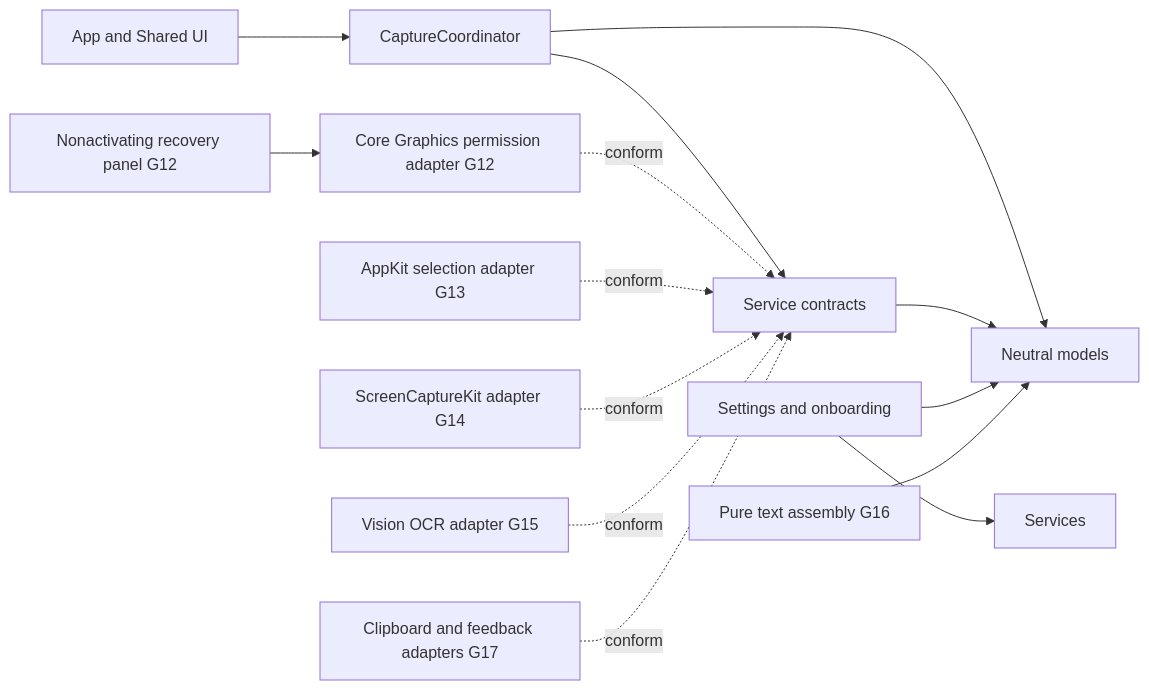
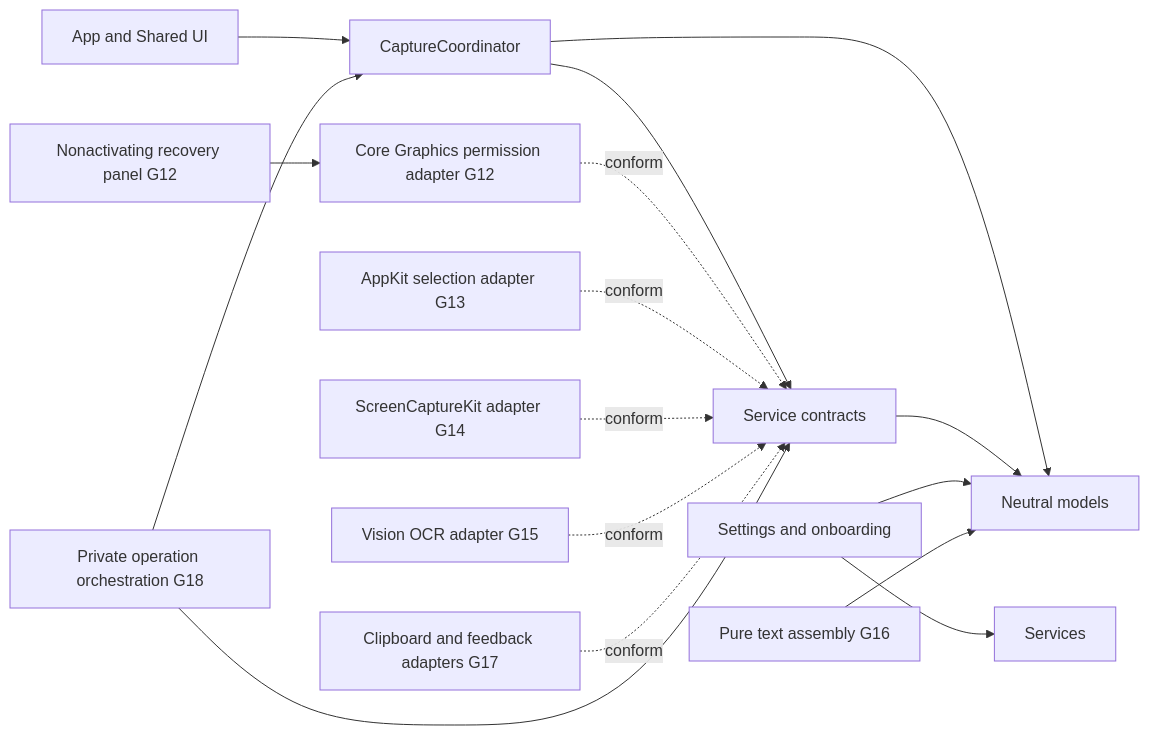
One commit to bennetthilberg/copylasso changed the first of 2 diagrams in docs/architecture/overview.md. Above: the diagram before and after it, drawn with Mermaid. The commit also changed other lines of this file and 13 other files, not shown here.

````diff
--- a/docs/architecture/overview.md
+++ b/docs/architecture/overview.md
@@ -7,16 +7,18 @@
 ```mermaid
 flowchart LR
   App["App and Shared UI"] --> Coordinator["CaptureCoordinator"]
   Coordinator --> Contracts["Service contracts"]
   Coordinator --> Models["Neutral models"]
   Contracts --> Models
   Settings["Settings and onboarding"] --> Services
   Settings --> Models
   Permission["Core Graphics permission adapter G12"] -. conform .-> Contracts
   Recovery["Nonactivating recovery panel G12"] --> Permission
   Selection["AppKit selection adapter G13"] -. conform .-> Contracts
   Capture["ScreenCaptureKit adapter G14"] -. conform .-> Contracts
   OCR["Vision OCR adapter G15"] -. conform .-> Contracts
   Format["Pure text assembly G16"] --> Models
   Output["Clipboard and feedback adapters G17"] -. conform .-> Contracts
+  Workflow["Private operation orchestration G18"] --> Contracts
+  Workflow --> Coordinator
 ```
````
